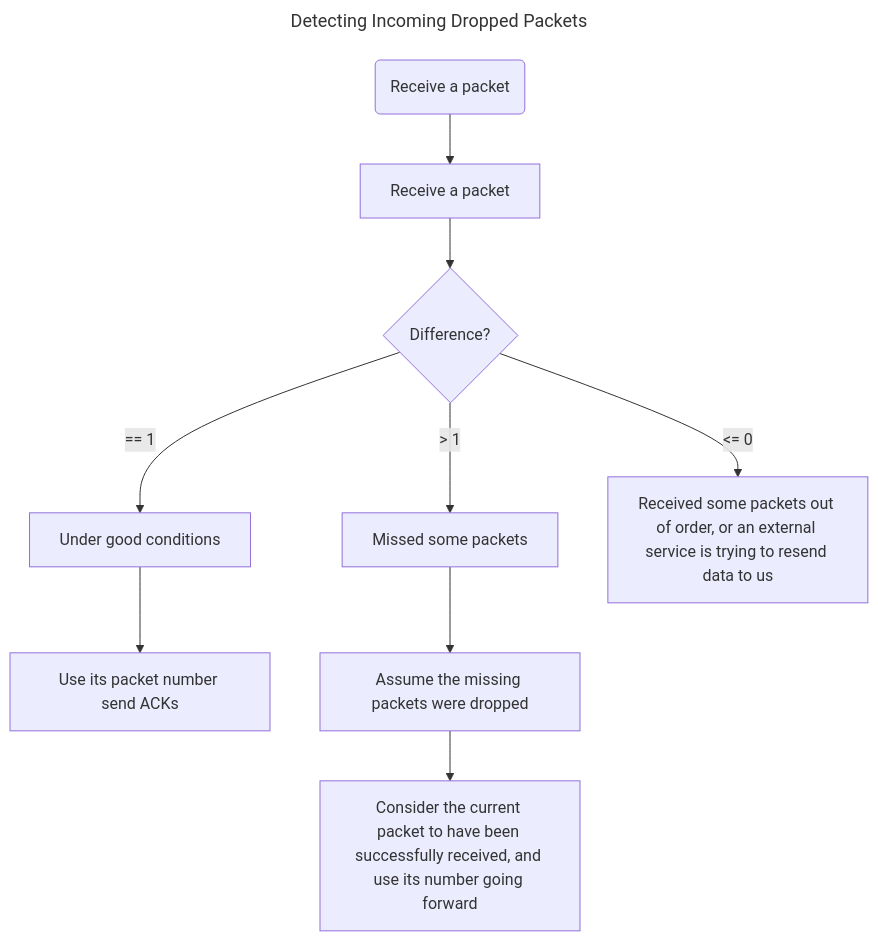
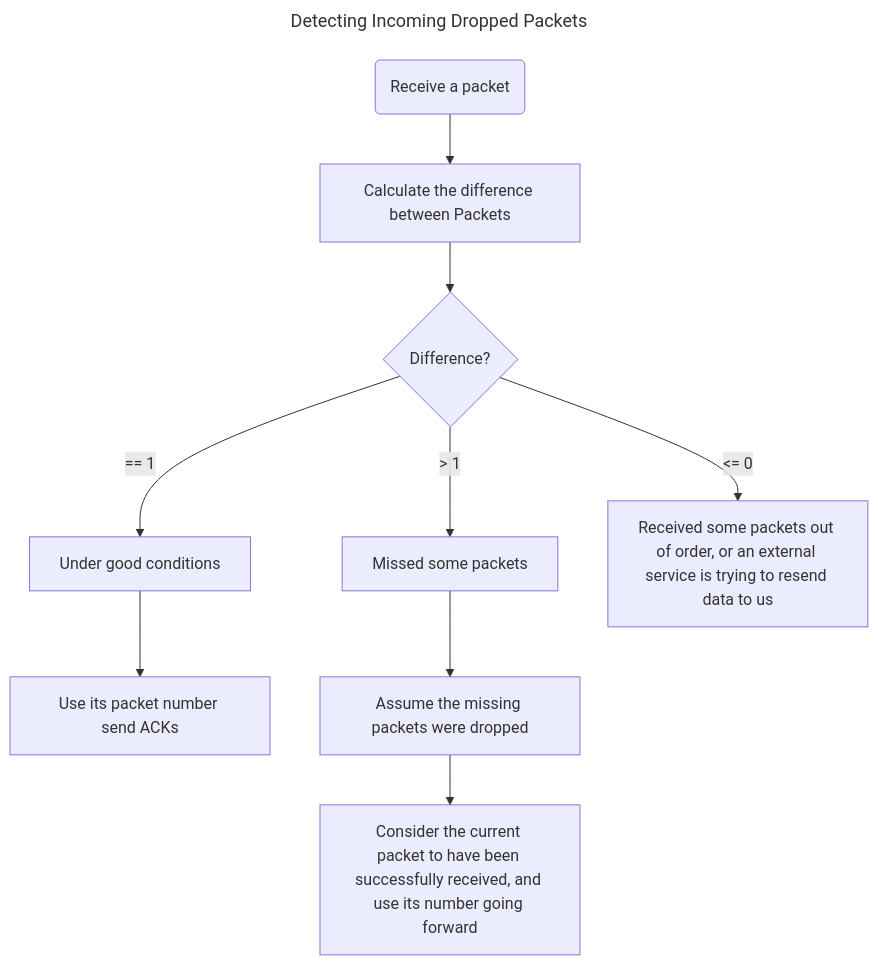
Before and after one commit to SeulYoung/UE-Learning: the fifth of 5 diagrams in Docs/UE 网络同步.md, drawn with Mermaid. The commit also changed other lines of this file, not shown here.

Commit message:
Update UE 网络同步.md

````diff
--- a/Docs/UE 网络同步.md
+++ b/Docs/UE 网络同步.md
@@ -113,11 +113,11 @@
 ```mermaid
 ---
 title: Detecting Incoming Dropped Packets
 ---
 flowchart TB
-    S(Receive a packet) --> CMT1[Receive a packet] -->
+    S(Receive a packet) --> CMT1[Calculate the difference between Packets] -->
     CD1{Difference?} -->|== 1| G[Under good conditions] --> G1[Use its packet number send ACKs]
     CD1 -->|> 1| B1[Missed some packets] --> CMT2[Assume the missing packets were dropped] --> CMT3[Consider the current packet to have been successfully received, and use its number going forward]
     CD1 -->|<= 0| B2[Received some packets out of order, or an external service is trying to resend data to us]
     %% Remember, the engine will not reuse sequence numbers
 ```
````
